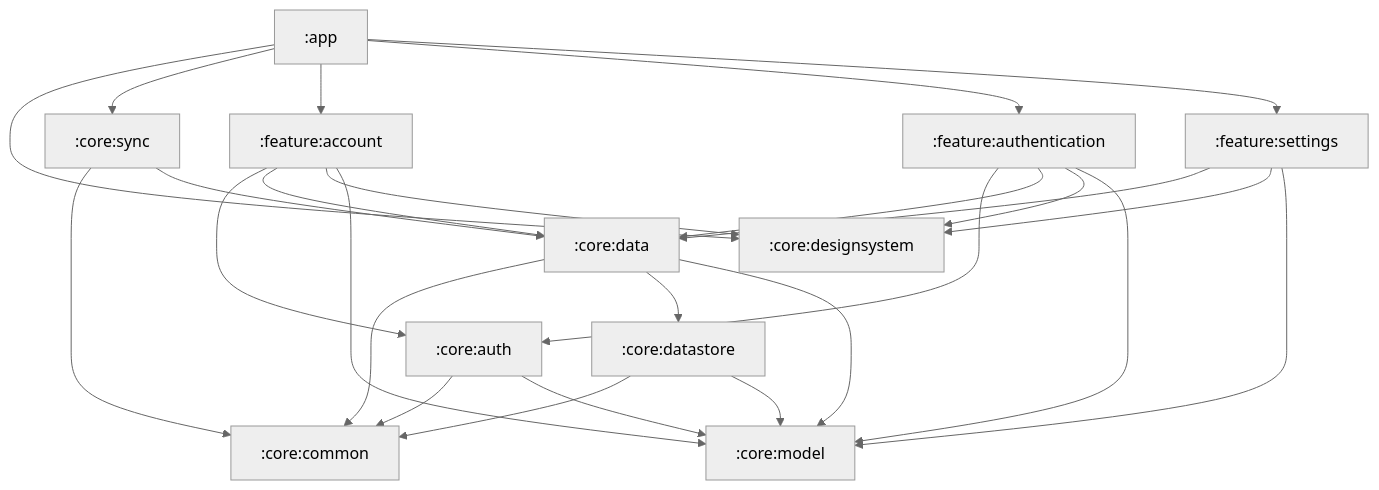
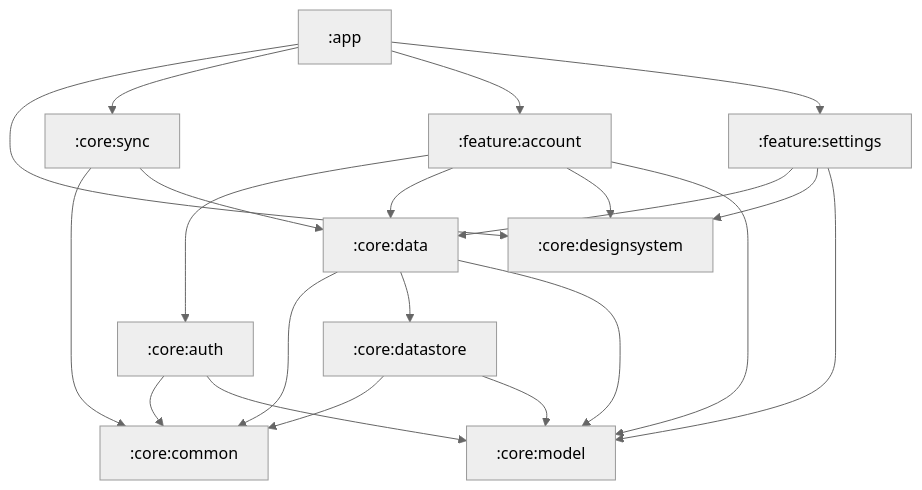
Before and after one commit to toomanyeduardos/rolabox: the diagram in README.md, drawn with Mermaid (neutral theme). The commit also changed other lines of this file and 6 other files, not shown here.

````diff
--- a/README.md
+++ b/README.md
@@ -32,39 +31,33 @@
 ```mermaid
 graph TD
     app[":app"]
     core_auth[":core:auth"]
     core_common[":core:common"]
     core_data[":core:data"]
     core_datastore[":core:datastore"]
     core_designsystem[":core:designsystem"]
     core_model[":core:model"]
     core_sync[":core:sync"]
     feature_account[":feature:account"]
-    feature_authentication[":feature:authentication"]
     feature_settings[":feature:settings"]
     app --> core_designsystem
     app --> core_sync
     app --> feature_account
-    app --> feature_authentication
     app --> feature_settings
     core_auth --> core_common
     core_auth --> core_model
     core_data --> core_common
     core_data --> core_datastore
     core_data --> core_model
     core_datastore --> core_common
     core_datastore --> core_model
     core_sync --> core_common
     core_sync --> core_data
     feature_account --> core_auth
     feature_account --> core_data
     feature_account --> core_designsystem
     feature_account --> core_model
-    feature_authentication --> core_auth
-    feature_authentication --> core_data
-    feature_authentication --> core_designsystem
-    feature_authentication --> core_model
     feature_settings --> core_data
     feature_settings --> core_designsystem
     feature_settings --> core_model
 ```
````
